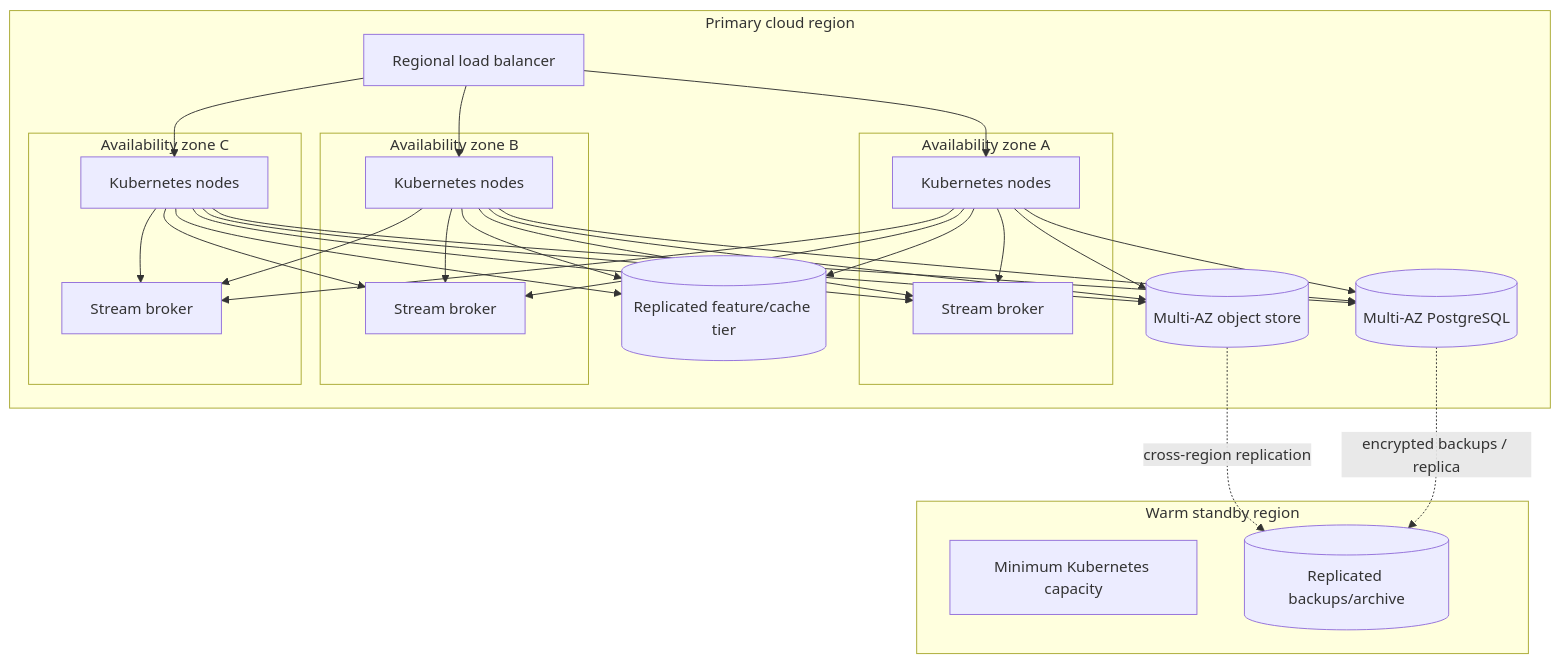
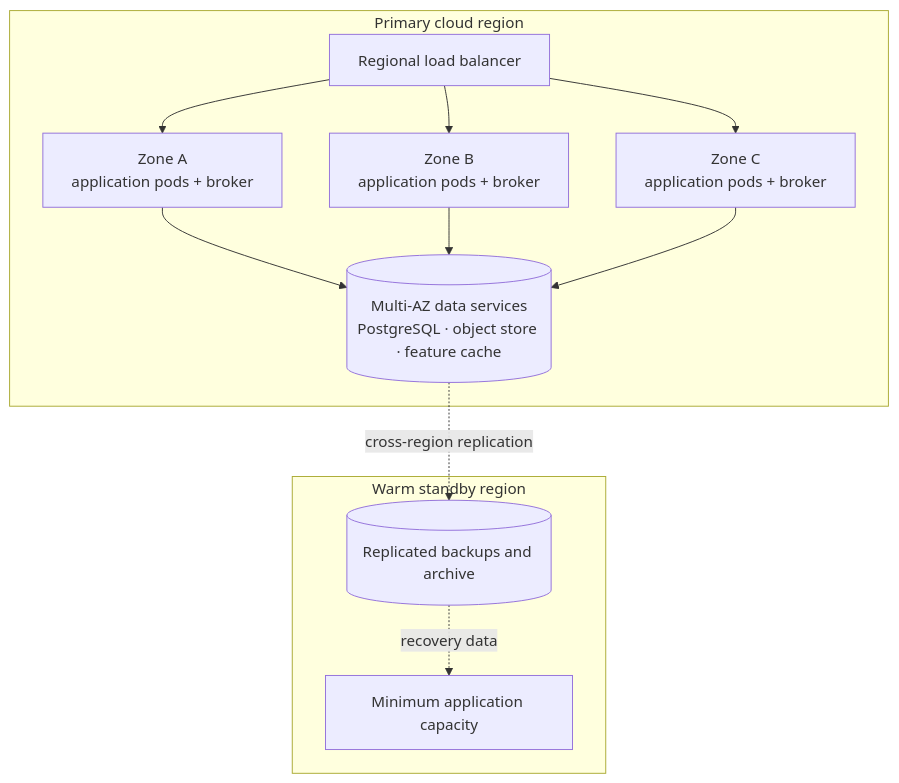
Before and after one commit to samhmariam/udacity-software-architect-nanodegree: the tenth of 13 diagrams in project-03-real-time-fraud-detection/README.md, drawn with Mermaid. The commit also changed other lines of this file, not shown here.

First line of the commit message:
Expand fraud architecture README details

````diff
--- a/project-03-real-time-fraud-detection/README.md
+++ b/project-03-real-time-fraud-detection/README.md
@@ -382,30 +381,18 @@
 ```mermaid
 flowchart TB
     subgraph Region[Primary cloud region]
         LB[Regional load balancer]
-        subgraph AZ1[Availability zone A]
-            K1[Kubernetes nodes]
-            B1[Stream broker]
-        end
-        subgraph AZ2[Availability zone B]
-            K2[Kubernetes nodes]
-            B2[Stream broker]
-        end
-        subgraph AZ3[Availability zone C]
-            K3[Kubernetes nodes]
-            B3[Stream broker]
-        end
-        DB[(Multi-AZ PostgreSQL)]
-        OBJ[(Multi-AZ object store)]
-        CACHE[(Replicated feature/cache tier)]
+        LB --> AZA[Zone A<br/>application pods + broker]
+        LB --> AZB[Zone B<br/>application pods + broker]
+        LB --> AZC[Zone C<br/>application pods + broker]
+        AZA --> DATA[(Multi-AZ data services<br/>PostgreSQL · object store · feature cache)]
+        AZB --> DATA
+        AZC --> DATA
     end
     subgraph DR[Warm standby region]
-        DRC[Minimum Kubernetes capacity]
-        DRD[(Replicated backups/archive)]
+        WARM[Minimum application capacity]
+        COPY[(Replicated backups and archive)]
     end
-    LB --> K1 & K2 & K3
-    K1 & K2 & K3 --> B1 & B2 & B3
-    K1 & K2 & K3 --> DB & OBJ & CACHE
-    OBJ -. cross-region replication .-> DRD
-    DB -. encrypted backups / replica .-> DRD
+    DATA -. cross-region replication .-> COPY
+    COPY -. recovery data .-> WARM
 ```
````
